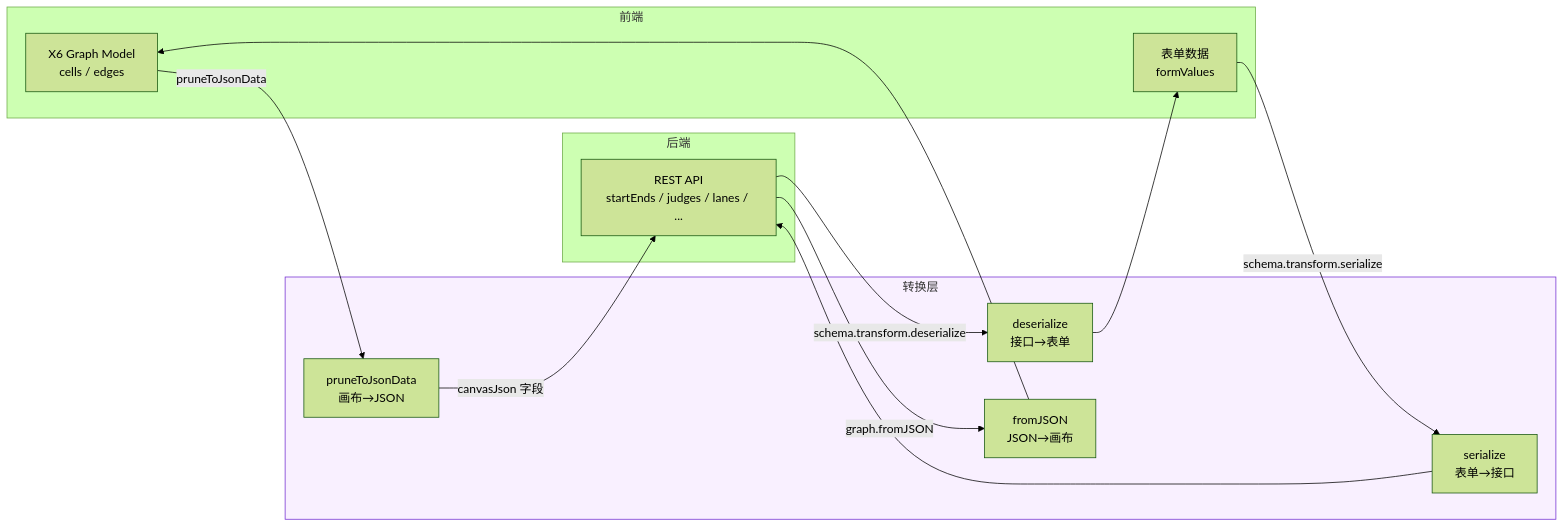
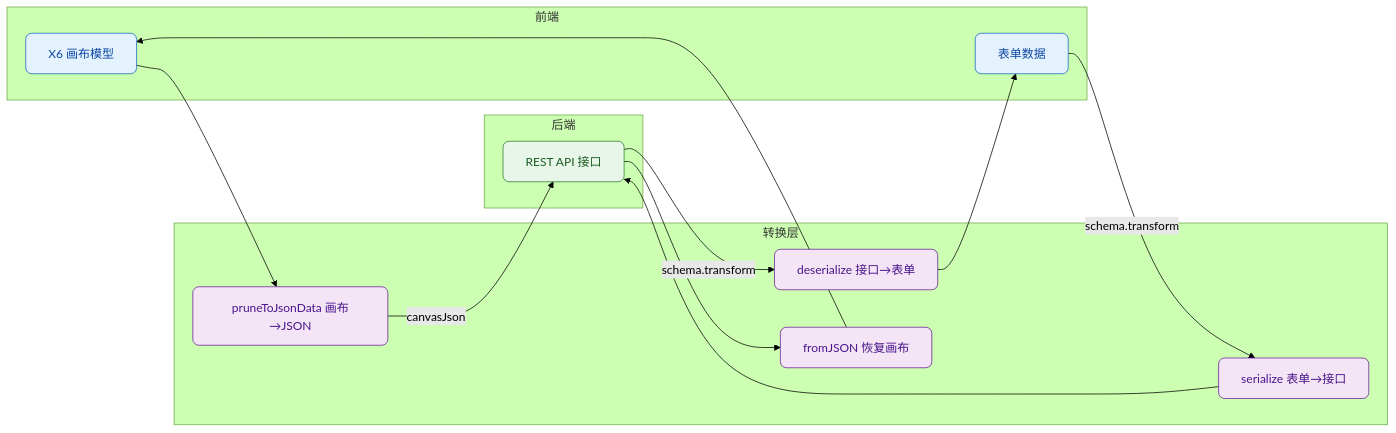
One commit to zhaoky/site changed the eighth of 11 diagrams in docs/exp/javascript/107.md. Above: the diagram before and after it, drawn with Mermaid (forest theme). The commit also changed other lines of this file, not shown here.

Commit message:
feat: 更新文档，重构架构图并增强层级分离描述

````diff
--- a/docs/exp/javascript/107.md
+++ b/docs/exp/javascript/107.md
@@ -399,25 +477,31 @@
 ```mermaid
 flowchart LR
-    subgraph 前端
-        X6["X6 Graph Model<br/>cells / edges"]
-        Form["表单数据<br/>formValues"]
+    classDef fe fill:#E3F2FD,stroke:#1565C0,rx:8,color:#0D47A1
+    classDef trans fill:#F3E5F5,stroke:#6A1B9A,rx:8,color:#4A148C
+    classDef be fill:#E8F5E9,stroke:#2E7D32,rx:8,color:#1B5E20
+
+    subgraph FE["前端"]
+        X6["X6 画布模型"]
+        Form["表单数据"]
     end
 
-    subgraph 转换层
-        S["serialize<br/>表单→接口"]
-        D["deserialize<br/>接口→表单"]
-        P["pruneToJsonData<br/>画布→JSON"]
-        R["fromJSON<br/>JSON→画布"]
+    subgraph TRANS["转换层"]
+        S["serialize 表单→接口"]
+        D["deserialize 接口→表单"]
+        P["pruneToJsonData 画布→JSON"]
+        R["fromJSON 恢复画布"]
     end
 
-    subgraph 后端
-        API["REST API<br/>startEnds / judges / lanes / ..."]
+    subgraph BE["后端"]
+        API["REST API 接口"]
     end
 
-    Form -->|"schema.transform.serialize"| S --> API
-    API -->|"schema.transform.deserialize"| D --> Form
-    X6 -->|"pruneToJsonData"| P -->|"canvasJson 字段"| API
-    API -->|"graph.fromJSON"| R --> X6
+    Form -->|"schema.transform"| S --> API
+    API -->|"schema.transform"| D --> Form
+    X6 --> P -->|"canvasJson"| API
+    API --> R --> X6
 
-    style 转换层 fill:#f9f0ff,stroke:#722ed1
+    class X6,Form fe
+    class S,D,P,R trans
+    class API be
 ```
````
